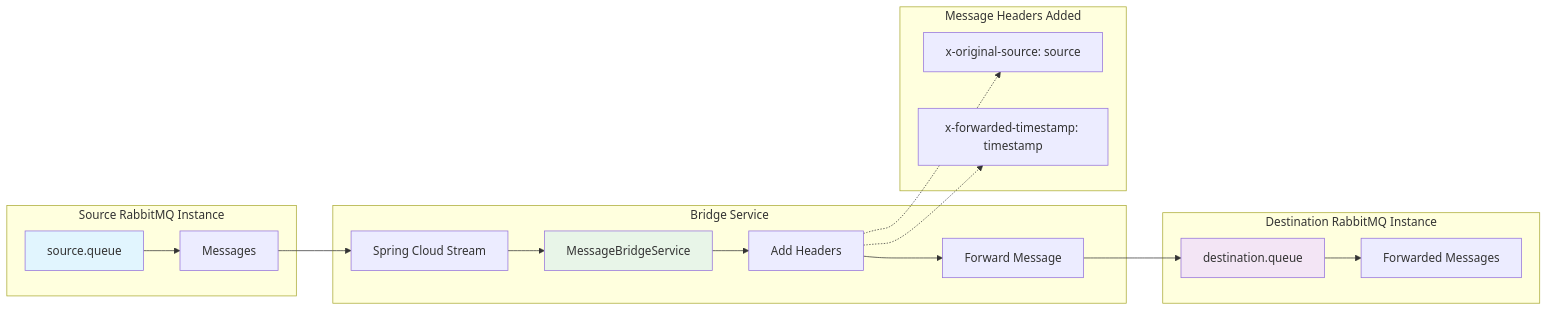
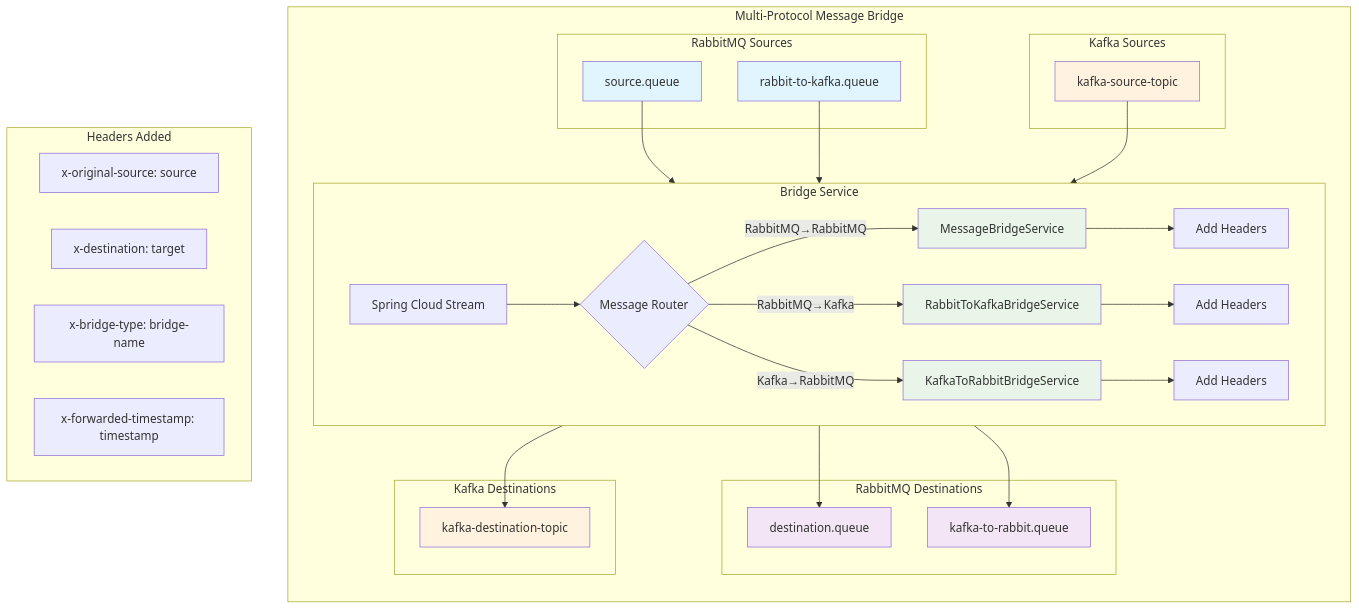
Before and after one commit to rafaeldblima/message-bridge: the diagram in README.md, drawn with Mermaid. The commit also changed other lines of this file and 11 other files, not shown here.

First line of the commit message:
Adds multi-protocol message bridge

````diff
--- a/README.md
+++ b/README.md
@@ -7,31 +7,61 @@
 ```mermaid
-graph LR
-    subgraph "Source RabbitMQ Instance"
-        A[source.queue] --> B[Messages]
+graph TB
+    subgraph "Multi-Protocol Message Bridge"
+        direction TB
+        
+        subgraph "RabbitMQ Sources"
+            A[source.queue] 
+            R[rabbit-to-kafka.queue]
+        end
+        
+        subgraph "Kafka Sources"  
+            K[kafka-source-topic]
+        end
+        
+        subgraph "Bridge Service"
+            direction LR
+            B[Spring Cloud Stream] --> C{Message Router}
+            C -->|RabbitMQ→RabbitMQ| D[MessageBridgeService]
+            C -->|RabbitMQ→Kafka| E[RabbitToKafkaBridgeService]  
+            C -->|Kafka→RabbitMQ| F[KafkaToRabbitBridgeService]
+            
+            D --> G[Add Headers]
+            E --> H[Add Headers]
+            F --> I[Add Headers]
+        end
+        
+        subgraph "RabbitMQ Destinations"
+            J[destination.queue]
+            L[kafka-to-rabbit.queue]
+        end
+        
+        subgraph "Kafka Destinations"
+            M[kafka-destination-topic]
+        end
+        
+        A --> B
+        R --> B
+        K --> B
+        
+        G --> J
+        H --> M
+        I --> L
     end
     
-    subgraph "Bridge Service"
-        C[Spring Cloud Stream] --> D[MessageBridgeService]
-        D --> E[Add Headers]
-        E --> F[Forward Message]
+    subgraph "Headers Added"
+        N["x-original-source: source"]
+        O["x-destination: target"]
+        P["x-bridge-type: bridge-name"]
+        Q["x-forwarded-timestamp: timestamp"]
     end
     
-    subgraph "Destination RabbitMQ Instance"
-        G[destination.queue] --> H[Forwarded Messages]
-    end
-    
-    B --> C
-    F --> G
-    
-    subgraph "Message Headers Added"
-        I["x-original-source: source"]
-        J["x-forwarded-timestamp: timestamp"]
-    end
-    
-    E -.-> I
-    E -.-> J
-    
     style A fill:#e1f5fe
-    style G fill:#f3e5f5
+    style R fill:#e1f5fe
+    style K fill:#fff3e0
+    style J fill:#f3e5f5
+    style L fill:#f3e5f5
+    style M fill:#fff3e0
     style D fill:#e8f5e8
+    style E fill:#e8f5e8
+    style F fill:#e8f5e8
 ```
````
